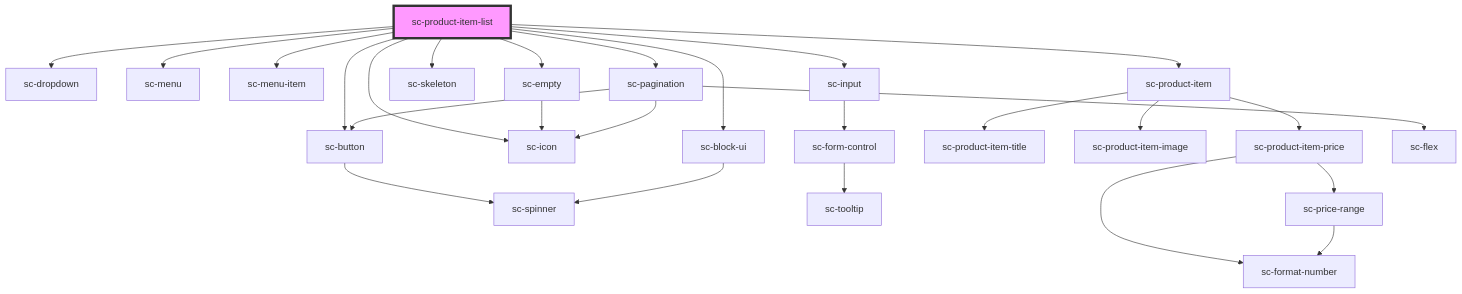
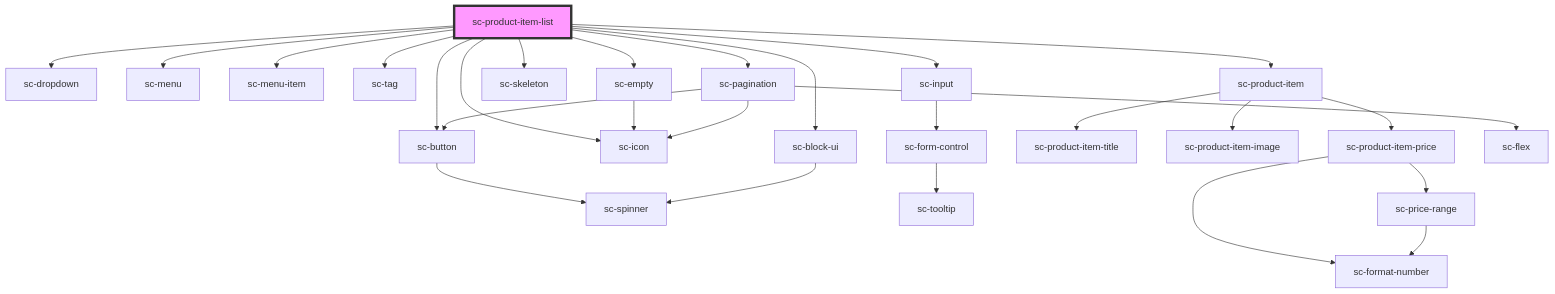
One commit to surecart/surecart-wp-plugin changed the diagram in packages/components/src/components/controllers/products/sc-product-item-list/readme.md. Above: the diagram before and after it, drawn with Mermaid. The commit also changed other lines of this file and 34 other files, not shown here.

````diff
--- a/packages/components/src/components/controllers/products/sc-product-item-list/readme.md
+++ b/packages/components/src/components/controllers/products/sc-product-item-list/readme.md
@@ -41,29 +43,30 @@
 ```mermaid
 graph TD;
   sc-product-item-list --> sc-dropdown
   sc-product-item-list --> sc-button
   sc-product-item-list --> sc-menu
   sc-product-item-list --> sc-menu-item
+  sc-product-item-list --> sc-tag
   sc-product-item-list --> sc-input
   sc-product-item-list --> sc-icon
   sc-product-item-list --> sc-empty
   sc-product-item-list --> sc-skeleton
   sc-product-item-list --> sc-product-item
   sc-product-item-list --> sc-pagination
   sc-product-item-list --> sc-block-ui
   sc-button --> sc-spinner
   sc-input --> sc-form-control
   sc-form-control --> sc-tooltip
   sc-empty --> sc-icon
   sc-product-item --> sc-product-item-title
   sc-product-item --> sc-product-item-image
   sc-product-item --> sc-product-item-price
   sc-product-item-price --> sc-format-number
   sc-product-item-price --> sc-price-range
   sc-price-range --> sc-format-number
   sc-pagination --> sc-flex
   sc-pagination --> sc-button
   sc-pagination --> sc-icon
   sc-block-ui --> sc-spinner
   style sc-product-item-list fill:#f9f,stroke:#333,stroke-width:4px
 ```
````
